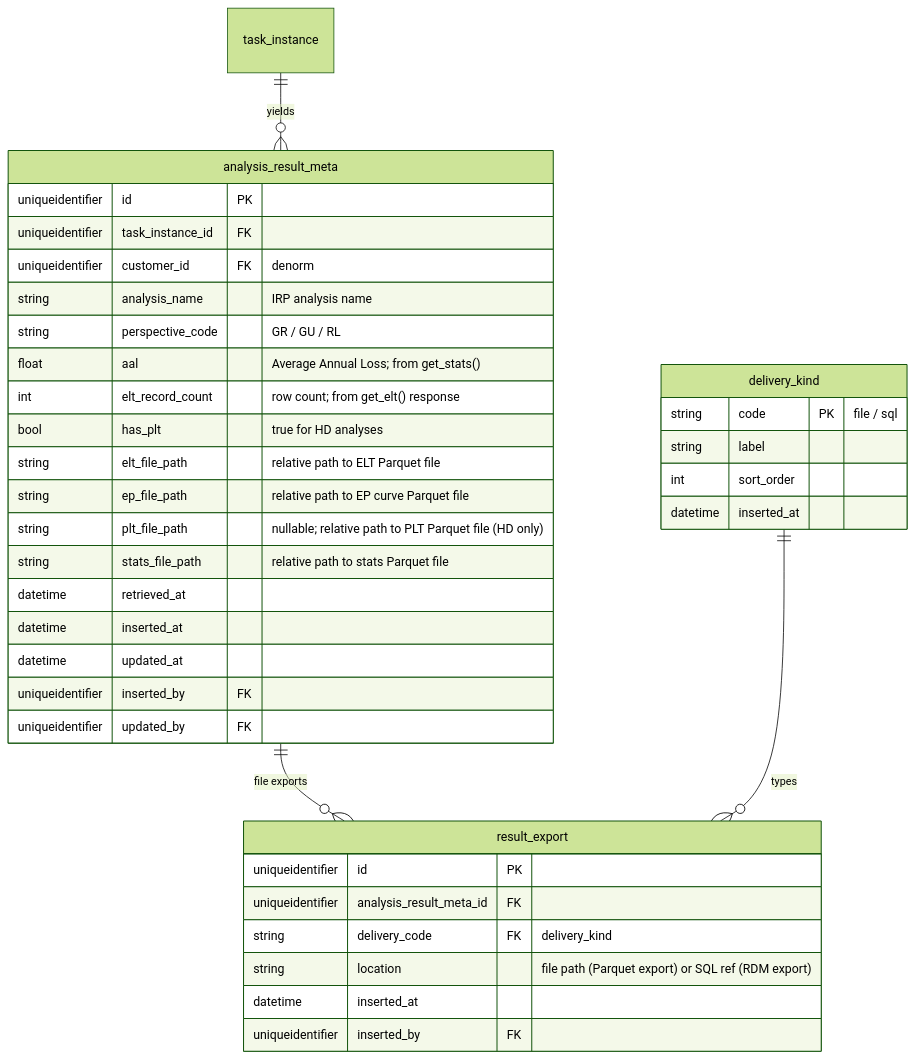
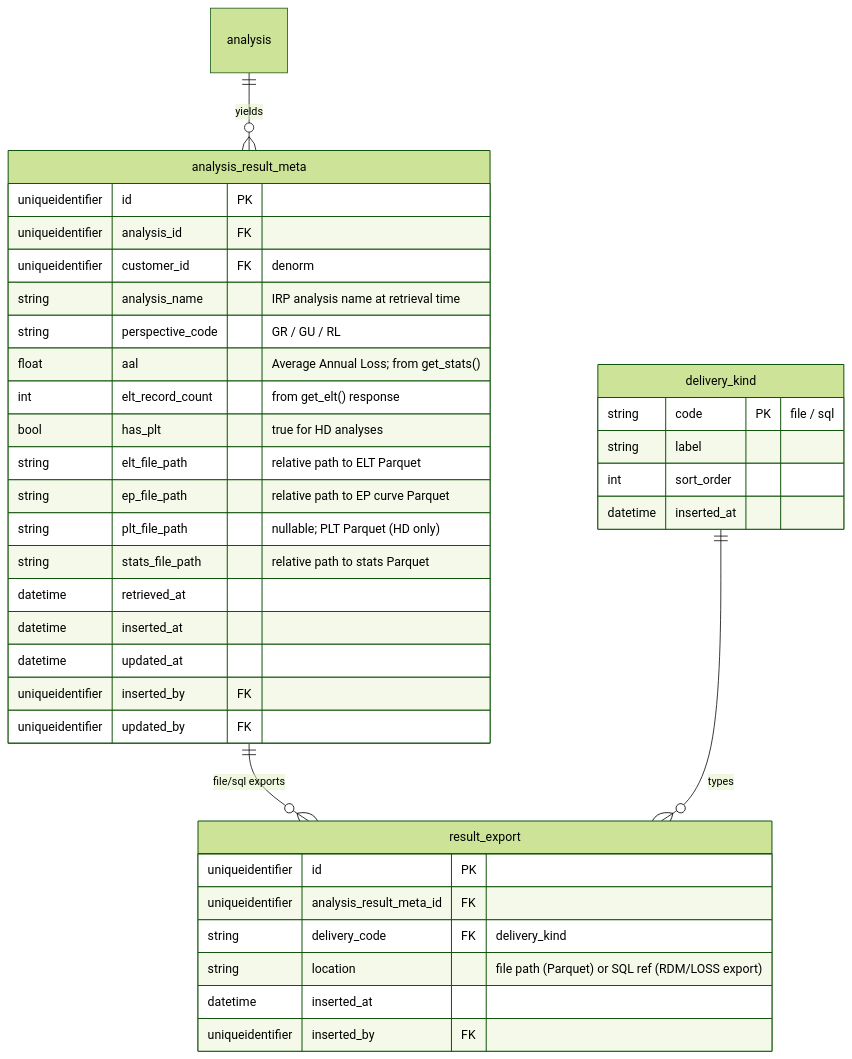
The fifth of 7 diagrams in docs/DATA_MODEL.md (anilvenugopal/risk-workbench), drawn with Mermaid (forest theme) before and after one commit. The commit also changed other lines of this file and 25 other files, not shown here.

````diff
--- a/docs/DATA_MODEL.md
+++ b/docs/DATA_MODEL.md
@@ -778,40 +678,40 @@
 ```mermaid
 erDiagram
-  task_instance ||--o{ analysis_result_meta : yields
-  analysis_result_meta ||--o{ result_export : "file exports"
+  analysis ||--o{ analysis_result_meta : yields
+  analysis_result_meta ||--o{ result_export : "file/sql exports"
   delivery_kind ||--o{ result_export : types
 
   analysis_result_meta {
     uniqueidentifier id PK
-    uniqueidentifier task_instance_id FK
+    uniqueidentifier analysis_id FK
     uniqueidentifier customer_id FK "denorm"
-    string analysis_name "IRP analysis name"
+    string analysis_name "IRP analysis name at retrieval time"
     string perspective_code "GR / GU / RL"
     float aal "Average Annual Loss; from get_stats()"
-    int elt_record_count "row count; from get_elt() response"
+    int elt_record_count "from get_elt() response"
     bool has_plt "true for HD analyses"
-    string elt_file_path "relative path to ELT Parquet file"
-    string ep_file_path "relative path to EP curve Parquet file"
-    string plt_file_path "nullable; relative path to PLT Parquet file (HD only)"
-    string stats_file_path "relative path to stats Parquet file"
+    string elt_file_path "relative path to ELT Parquet"
+    string ep_file_path "relative path to EP curve Parquet"
+    string plt_file_path "nullable; PLT Parquet (HD only)"
+    string stats_file_path "relative path to stats Parquet"
     datetime retrieved_at
     datetime inserted_at
     datetime updated_at
     uniqueidentifier inserted_by FK
     uniqueidentifier updated_by FK
   }
   result_export {
     uniqueidentifier id PK
     uniqueidentifier analysis_result_meta_id FK
     string delivery_code FK "delivery_kind"
-    string location "file path (Parquet export) or SQL ref (RDM export)"
+    string location "file path (Parquet) or SQL ref (RDM/LOSS export)"
     datetime inserted_at
     uniqueidentifier inserted_by FK
   }
   delivery_kind {
     string code PK "file / sql"
     string label
     int sort_order
     datetime inserted_at
   }
 ```
````
